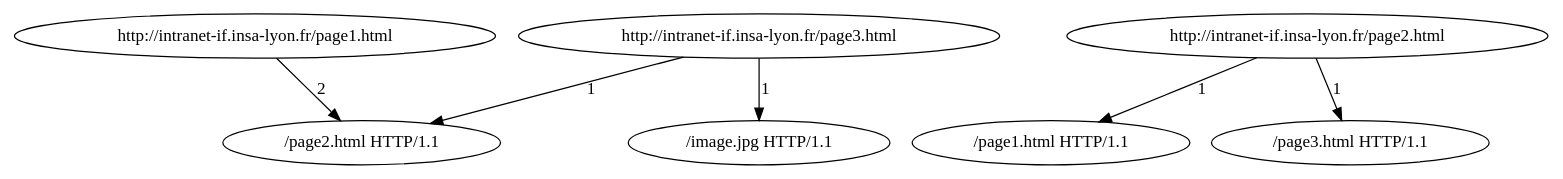
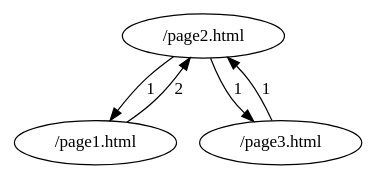
Before and after one commit to David-Wobrock/C---TP3---Analyse-log-apache: the diagram in Unit_Tests/court.dot, drawn with Graphviz. The commit also changed 4 other files, not shown here.

```diff
--- a/Unit_Tests/court.dot
+++ b/Unit_Tests/court.dot
@@ -1,7 +1,6 @@
 digraph {
-"http://intranet-if.insa-lyon.fr/page1.html" -> "/page2.html HTTP/1.1" [label="2"];
-"http://intranet-if.insa-lyon.fr/page2.html" -> "/page1.html HTTP/1.1" [label="1"];
-"http://intranet-if.insa-lyon.fr/page2.html" -> "/page3.html HTTP/1.1" [label="1"];
-"http://intranet-if.insa-lyon.fr/page3.html" -> "/image.jpg HTTP/1.1" [label="1"];
-"http://intranet-if.insa-lyon.fr/page3.html" -> "/page2.html HTTP/1.1" [label="1"];
+"/page2.html" -> "/page1.html" [label="1"];
+"/page1.html" -> "/page2.html" [label="2"];
+"/page3.html" -> "/page2.html" [label="1"];
+"/page2.html" -> "/page3.html" [label="1"];
 }
```
